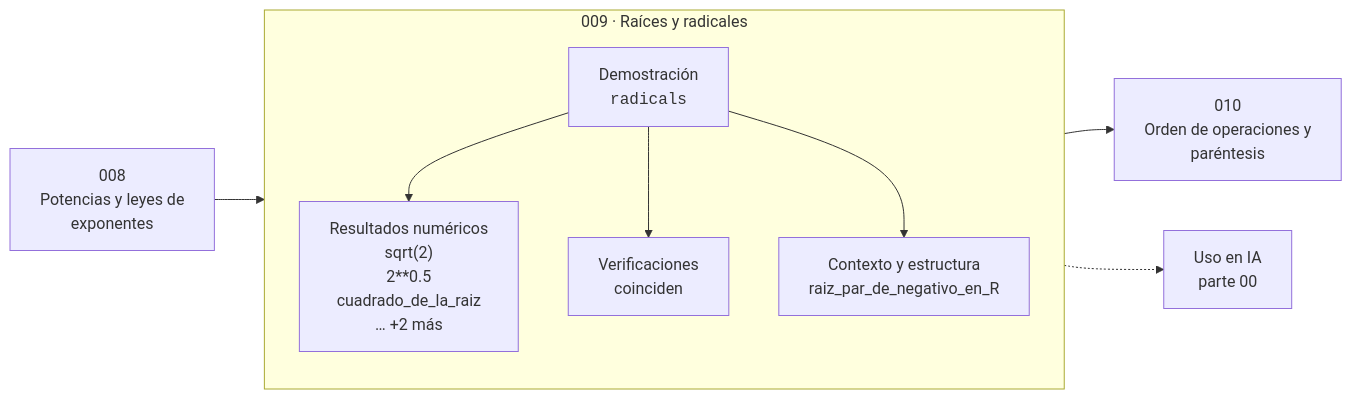
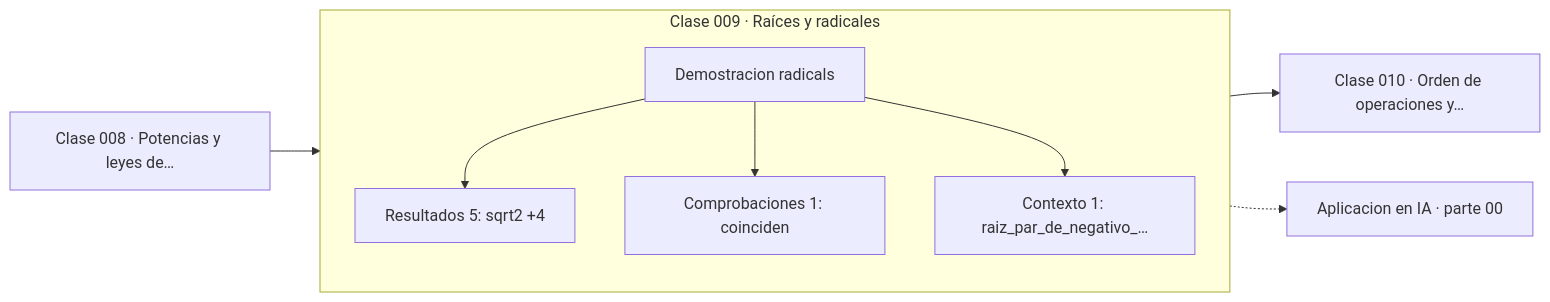
One commit to vladimiracunadev-create/computational-mathematics-program changed the diagram in classes/part-00-pensamiento-matematico-desde-cero/009-raices-y-radicales/README.md. Above: the diagram before and after it, drawn with Mermaid. The commit also changed 389 other files, not shown here.

First line of the commit message:
fix(diagramas): elimina el HTML de las etiquetas Mermaid

````diff
--- a/classes/part-00-pensamiento-matematico-desde-cero/009-raices-y-radicales/README.md
+++ b/classes/part-00-pensamiento-matematico-desde-cero/009-raices-y-radicales/README.md
@@ -36,12 +36,13 @@
 ```mermaid
 flowchart LR
-    P["008<br/>Potencias y leyes de<br/>exponentes"] --> C
-    subgraph C["009 · Raíces y radicales"]
+    P["Clase 008 · Potencias y leyes de…"] --> D
+    subgraph CLASE["Clase 009 · Raíces y radicales"]
         direction TB
-        D["Demostración<br/><code>radicals</code>"] --> R["Resultados numéricos<br/>sqrt(2)<br/>2**0.5<br/>cuadrado_de_la_raiz<br/>… +2 más"]
-        D --> V["Verificaciones<br/>coinciden"]
-        D --> O["Contexto y estructura<br/>raiz_par_de_negativo_en_R"]
+        D["Demostracion radicals"]
+        D --> R["Resultados 5: sqrt2 +4"]
+        D --> V["Comprobaciones 1: coinciden"]
+        D --> O["Contexto 1: raiz_par_de_negativo_…"]
     end
-    C --> N["010<br/>Orden de operaciones y<br/>paréntesis"]
-    C -.-> IA["Uso en IA<br/>parte 00"]
+    R --> N["Clase 010 · Orden de operaciones y…"]
+    V -.-> IA["Aplicacion en IA · parte 00"]
 ```
````
